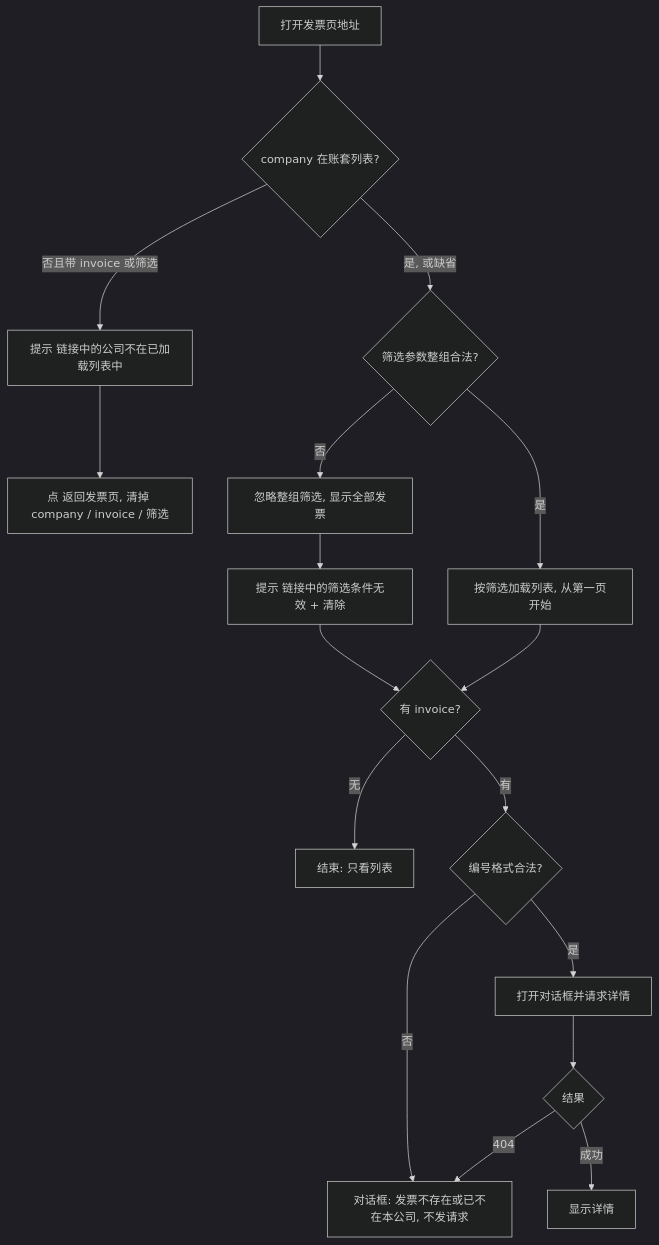
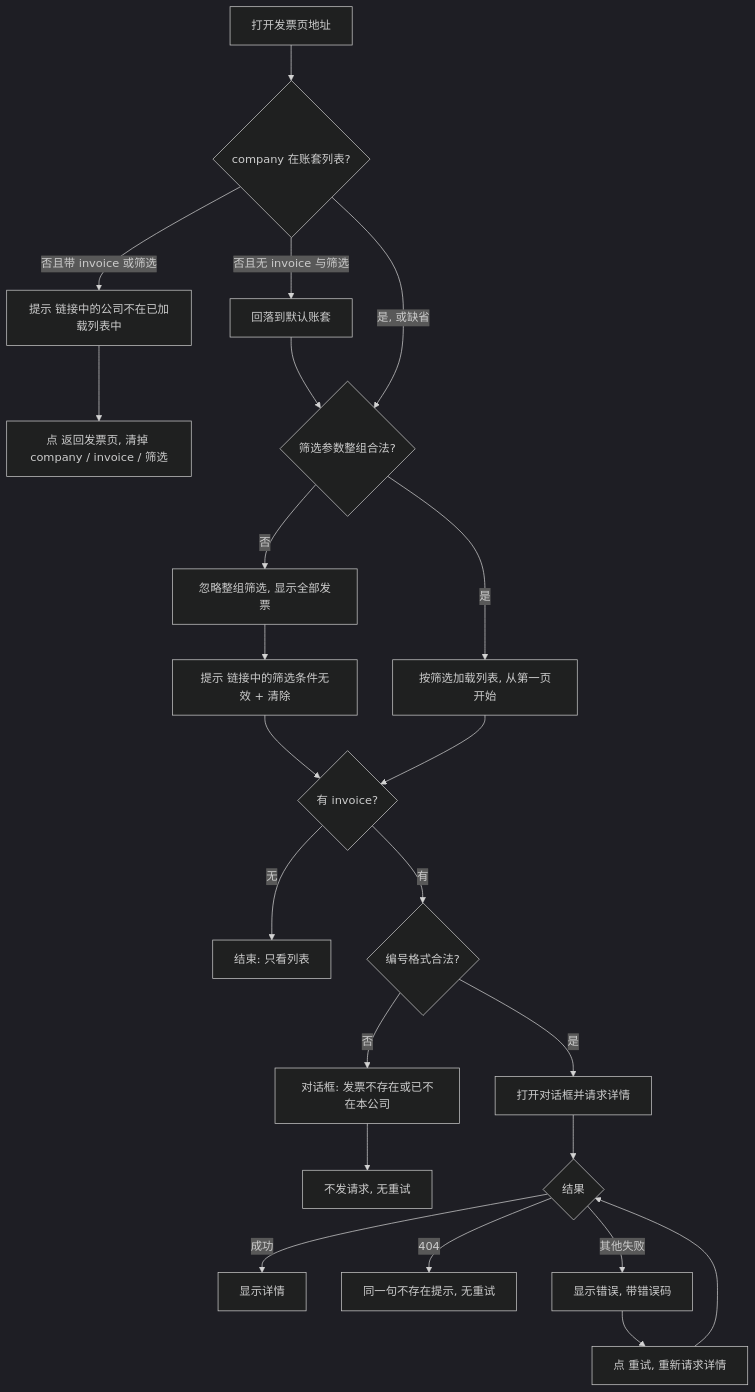
One commit to lingshf/ai-native-erp changed the first of 2 diagrams in docs/flows/invoice-deeplink-flow.md. Above: the diagram before and after it, drawn with Mermaid (dark theme). The commit also changed 4 other files, not shown here.

Commit message:
docs: RC 评审第 1 轮修改（TINV-08 范围、流程图分支、UI-17 数据、任务表）

````diff
--- a/docs/flows/invoice-deeplink-flow.md
+++ b/docs/flows/invoice-deeplink-flow.md
@@ -7,19 +7,25 @@
 ```mermaid
 flowchart TD
   A[打开发票页地址] --> B{company 在账套列表?}
   B -- 否且带 invoice 或筛选 --> C[提示 链接中的公司不在已加载列表中]
   C --> C2[点 返回发票页, 清掉 company / invoice / 筛选]
+  B -- 否且无 invoice 与筛选 --> B2[回落到默认账套]
+  B2 --> D
   B -- 是, 或缺省 --> D{筛选参数整组合法?}
   D -- 否 --> E[忽略整组筛选, 显示全部发票]
   E --> E2[提示 链接中的筛选条件无效 + 清除]
   D -- 是 --> F[按筛选加载列表, 从第一页开始]
   E2 --> G{有 invoice?}
   F --> G
   G -- 无 --> H[结束: 只看列表]
   G -- 有 --> I{编号格式合法?}
-  I -- 否 --> J[对话框: 发票不存在或已不在本公司, 不发请求]
+  I -- 否 --> J[对话框: 发票不存在或已不在本公司]
+  J --> J2[不发请求, 无重试]
   I -- 是 --> K[打开对话框并请求详情]
   K --> L{结果}
   L -- 成功 --> M[显示详情]
-  L -- 404 --> J
+  L -- 404 --> J3[同一句不存在提示, 无重试]
+  L -- 其他失败 --> N[显示错误, 带错误码]
+  N --> O[点 重试, 重新请求详情]
+  O --> L
 ```
````
